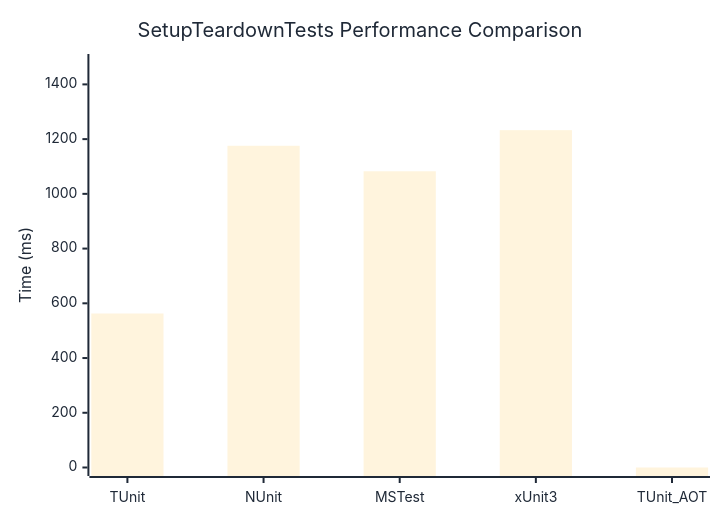
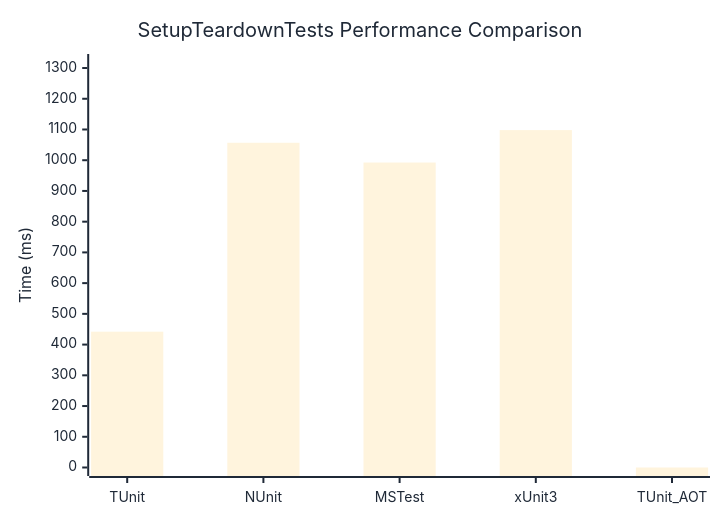
One commit to thomhurst/TUnit changed the diagram in docs/docs/benchmarks/SetupTeardownTests.md. Above: the diagram before and after it, drawn with Mermaid. The commit also changed other lines of this file and 17 other files, not shown here.

````diff
--- a/docs/docs/benchmarks/SetupTeardownTests.md
+++ b/docs/docs/benchmarks/SetupTeardownTests.md
@@ -27,37 +27,37 @@
 ```mermaid
 %%{init: {
   'theme':'base',
   'themeVariables': {
     'primaryColor': '#2563eb',
     'primaryTextColor': '#1f2937',
     'primaryBorderColor': '#1e40af',
     'lineColor': '#6b7280',
     'secondaryColor': '#7c3aed',
     'tertiaryColor': '#dc2626',
     'background': '#ffffff',
     'mainBkg': '#2563eb',
     'secondBkg': '#7c3aed',
     'tertiaryBkg': '#dc2626',
     'clusterBkg': '#f3f4f6',
     'edgeLabelBackground': '#ffffff',
     'tertiaryTextColor': '#1f2937',
     'pie1': '#2563eb',
     'pie2': '#7c3aed',
     'pie3': '#dc2626',
     'pie4': '#f59e0b',
     'pie5': '#10b981',
     'pie6': '#06b6d4',
     'pie7': '#ec4899',
     'pie8': '#6366f1',
     'pie9': '#84cc16',
     'pie10': '#f97316',
     'pie11': '#14b8a6',
     'pie12': '#a855f7'
   }
 }}%%
 xychart-beta
   title "SetupTeardownTests Performance Comparison"
   x-axis ["TUnit", "NUnit", "MSTest", "xUnit3", "TUnit_AOT"]
-  y-axis "Time (ms)" 0 --> 1480
-  bar [562.8, 1175.7, 1082.5, 1232.7, 0]
+  y-axis "Time (ms)" 0 --> 1318
+  bar [442, 1056.8, 992.5, 1098, 0]
 ```
````
